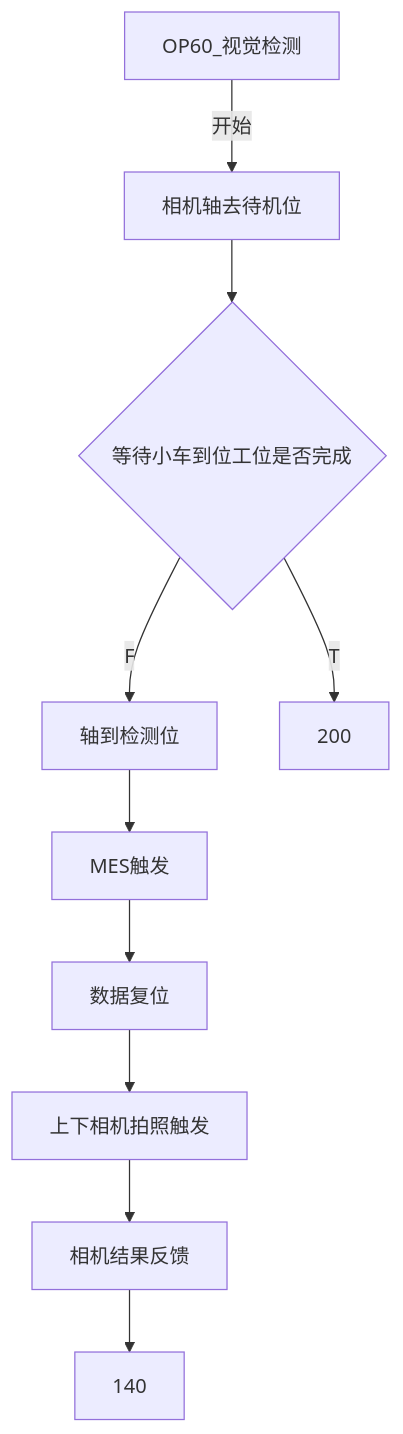
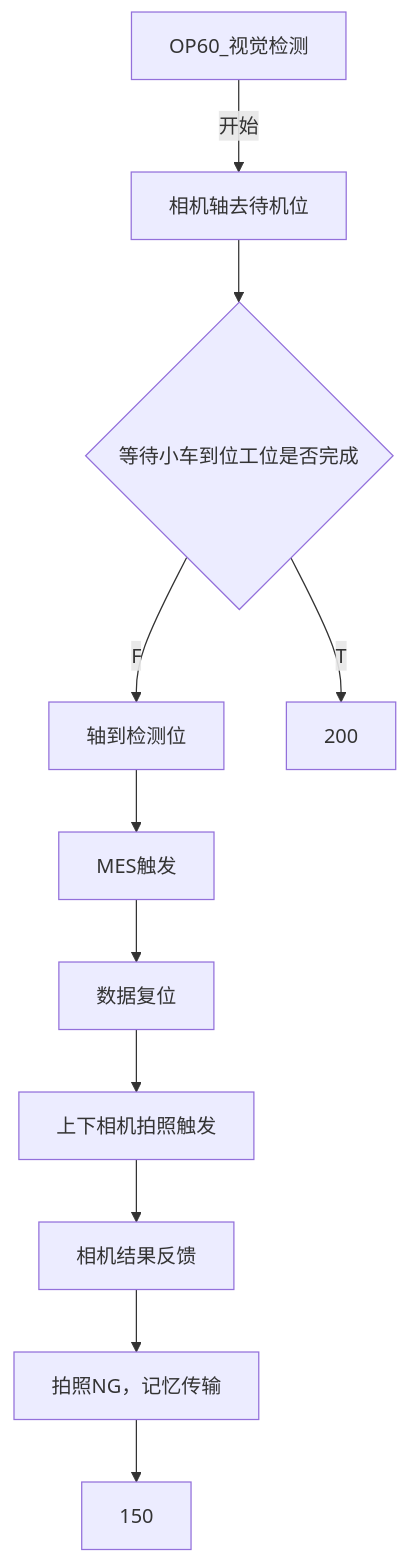
One commit to zmq000/iodraw-files changed the diagram in all/未命名.md. Above: the diagram before and after it, drawn with Mermaid.

Commit message:
2026-06-17 14:31:07 update

````diff
--- a/all/未命名.md
+++ b/all/未命名.md
@@ -1,16 +1,16 @@
 ```mermaid
 graph TD
    0[OP60_视觉检测]-->|开始|10
    10[相机轴去待机位]-->20
    20{等待小车到位工位是否完成}-->|F|100
    20-->|T|200
    100[轴到检测位]-->105
    105[MES触发]-->110
    110[数据复位]-->120
    120[上下相机拍照触发]-->130
    130[相机结果反馈]-->140
-   
+   140[拍照NG，记忆传输]-->150
 
 
    
 ```
````
